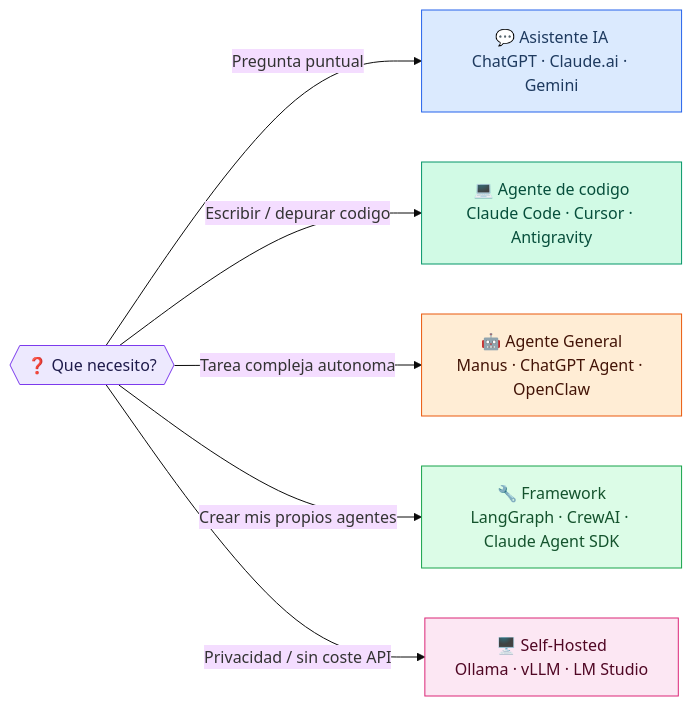
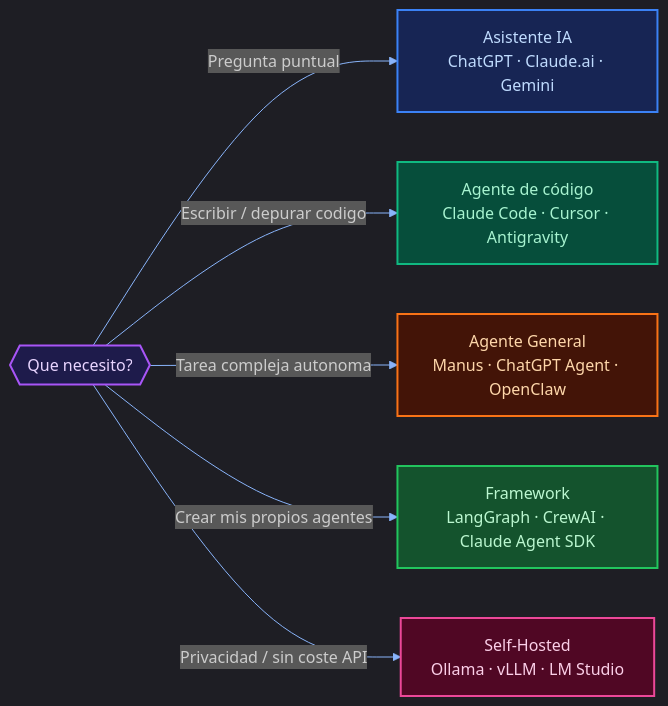
One commit to pjbarberoiglesias/Panorama-IA changed the sixth of 6 diagrams in README.md. Above: the diagram before and after it, drawn with Mermaid. The commit also changed other lines of this file and 3 other files, not shown here.

````diff
--- a/README.md
+++ b/README.md
@@ -177,18 +182,18 @@
 ```mermaid
-%%{init: {'theme': 'base'}}%%
+%%{init: {'theme': 'dark', 'themeVariables': {'primaryColor': '#1e1e2e', 'lineColor': '#89b4fa'}}}%%
 flowchart LR
-    NECESIDAD{{"❓ Que necesito?"}}
+    NECESIDAD{{"Que necesito?"}}
 
-    NECESIDAD -->|Pregunta puntual| ASIST["💬 Asistente IA\nChatGPT · Claude.ai · Gemini"]
-    NECESIDAD -->|Escribir / depurar codigo| IDE["💻 Agente de codigo\nClaude Code · Cursor · Antigravity"]
-    NECESIDAD -->|Tarea compleja autonoma| AGENTE["🤖 Agente General\nManus · ChatGPT Agent · OpenClaw"]
-    NECESIDAD -->|Crear mis propios agentes| FW["🔧 Framework\nLangGraph · CrewAI · Claude Agent SDK"]
-    NECESIDAD -->|Privacidad / sin coste API| SH["🖥️ Self-Hosted\nOllama · vLLM · LM Studio"]
+    NECESIDAD -->|Pregunta puntual| ASIST["Asistente IA\nChatGPT · Claude.ai · Gemini"]
+    NECESIDAD -->|Escribir / depurar codigo| IDE["Agente de código\nClaude Code · Cursor · Antigravity"]
+    NECESIDAD -->|Tarea compleja autonoma| AGENTE["Agente General\nManus · ChatGPT Agent · OpenClaw"]
+    NECESIDAD -->|Crear mis propios agentes| FW["Framework\nLangGraph · CrewAI · Claude Agent SDK"]
+    NECESIDAD -->|Privacidad / sin coste API| SH["Self-Hosted\nOllama · vLLM · LM Studio"]
 
-    style NECESIDAD fill:#ede9fe,stroke:#7c3aed,color:#1e1b4b
-    style ASIST fill:#dbeafe,stroke:#2563eb,color:#1e3a5f
-    style IDE fill:#d1fae5,stroke:#059669,color:#064e3b
-    style AGENTE fill:#ffedd5,stroke:#ea580c,color:#431407
-    style FW fill:#dcfce7,stroke:#16a34a,color:#14532d
-    style SH fill:#fce7f3,stroke:#db2777,color:#500724
+    style NECESIDAD fill:#1e1b4b,stroke:#a855f7,color:#e9d5ff,stroke-width:2px
+    style ASIST fill:#172554,stroke:#3b82f6,color:#bfdbfe,stroke-width:2px
+    style IDE fill:#064e3b,stroke:#10b981,color:#a7f3d0,stroke-width:2px
+    style AGENTE fill:#431407,stroke:#f97316,color:#fed7aa,stroke-width:2px
+    style FW fill:#14532d,stroke:#22c55e,color:#bbf7d0,stroke-width:2px
+    style SH fill:#500724,stroke:#ec4899,color:#fbcfe8,stroke-width:2px
 ```
````
